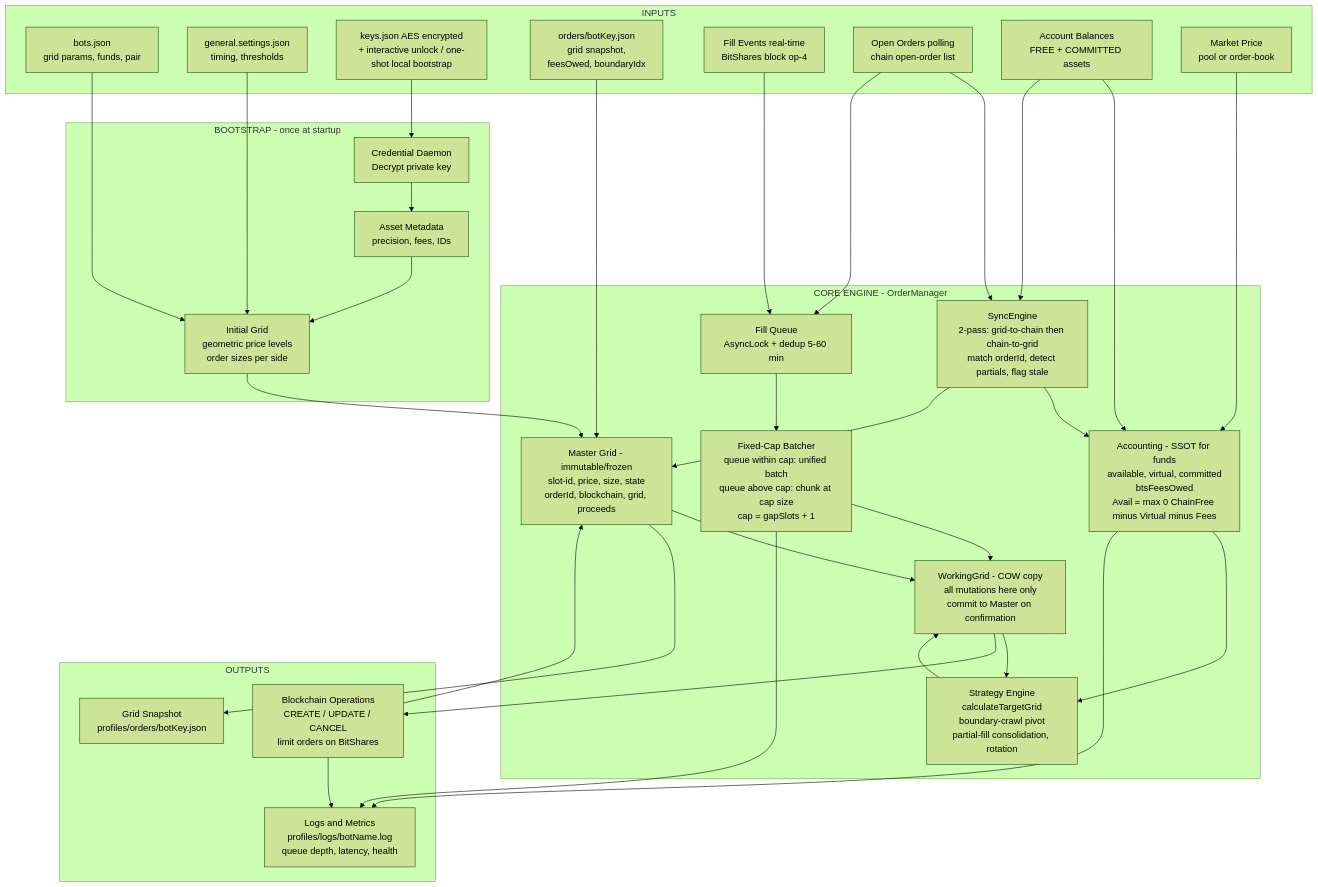
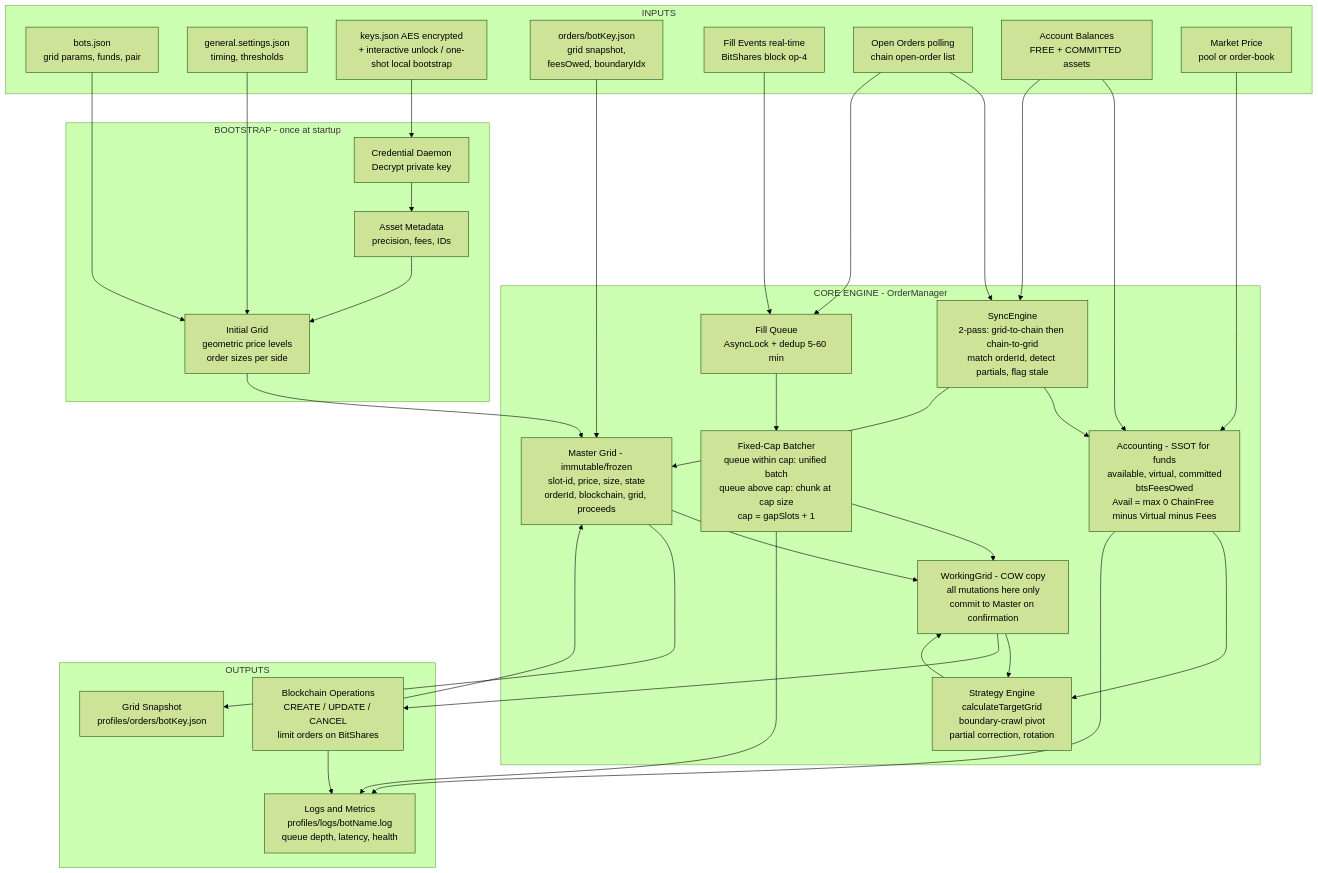
One commit to abitmore/DEXBot2 changed the first of 13 diagrams in docs/architecture.md. Above: the diagram before and after it, drawn with Mermaid (forest theme). The commit also changed other lines of this file and 9 other files, not shown here.

````diff
--- a/docs/architecture.md
+++ b/docs/architecture.md
@@ -36,66 +36,66 @@
 ```mermaid
 graph TB
     subgraph "INPUTS"
         CFG[bots.json<br/>grid params, funds, pair]
         GS[general.settings.json<br/>timing, thresholds]
         KEYS[keys.json AES encrypted<br/>+ interactive unlock / one-shot local bootstrap]
         PERSIST[orders/botKey.json<br/>grid snapshot,<br/>feesOwed, boundaryIdx]
         FILLEV[Fill Events real-time<br/>BitShares block op-4]
         OPENORD[Open Orders polling<br/>chain open-order list]
         BALANCES[Account Balances<br/>FREE + COMMITTED assets]
         PRICE[Market Price<br/>pool or order-book]
     end
 
     subgraph "BOOTSTRAP - once at startup"
         AUTH[Credential Daemon<br/>Decrypt private key]
         ASSETMETA[Asset Metadata<br/>precision, fees, IDs]
         INITGRID[Initial Grid<br/>geometric price levels<br/>order sizes per side]
     end
 
     subgraph "CORE ENGINE - OrderManager"
         MASTERGRID[Master Grid - immutable/frozen<br/>slot-id, price, size, state<br/>orderId, blockchain, grid, proceeds]
         TWOPASS[SyncEngine<br/>2-pass: grid-to-chain then chain-to-grid<br/>match orderId, detect partials, flag stale]
         FUNDS["Accounting - SSOT for funds<br/>available, virtual, committed<br/>btsFeesOwed<br/>Avail = max 0 ChainFree minus Virtual minus Fees"]
-        TARGET[Strategy Engine<br/>calculateTargetGrid<br/>boundary-crawl pivot<br/>partial-fill consolidation, rotation]
+        TARGET[Strategy Engine<br/>calculateTargetGrid<br/>boundary-crawl pivot<br/>partial correction, rotation]
         WORKGRID[WorkingGrid - COW copy<br/>all mutations here only<br/>commit to Master on confirmation]
         FILLQUEUE[Fill Queue<br/>AsyncLock + dedup 5-60 min]
         BATCHER[Fixed-Cap Batcher<br/>queue within cap: unified batch<br/>queue above cap: chunk at cap size<br/>cap = gapSlots + 1]
     end
 
     subgraph "OUTPUTS"
         OPS[Blockchain Operations<br/>CREATE / UPDATE / CANCEL<br/>limit orders on BitShares]
         SNAP[Grid Snapshot<br/>profiles/orders/botKey.json]
         LOGS[Logs and Metrics<br/>profiles/logs/botName.log<br/>queue depth, latency, health]
     end
 
     KEYS --> AUTH --> ASSETMETA
     CFG --> INITGRID
     GS --> INITGRID
     ASSETMETA --> INITGRID
     PERSIST --> MASTERGRID
     INITGRID --> MASTERGRID
 
     PRICE --> FUNDS
     BALANCES --> FUNDS
     BALANCES --> TWOPASS
     OPENORD --> TWOPASS
     TWOPASS --> FUNDS
     TWOPASS --> MASTERGRID
 
     FILLEV --> FILLQUEUE
     OPENORD --> FILLQUEUE
     FILLQUEUE --> BATCHER
     BATCHER --> WORKGRID
 
     MASTERGRID --> WORKGRID
     FUNDS --> TARGET
     WORKGRID --> TARGET
     TARGET --> WORKGRID
     WORKGRID --> OPS
     OPS --> MASTERGRID
 
     MASTERGRID --> SNAP
     FUNDS --> LOGS
     BATCHER --> LOGS
     OPS --> LOGS
 ```
````
